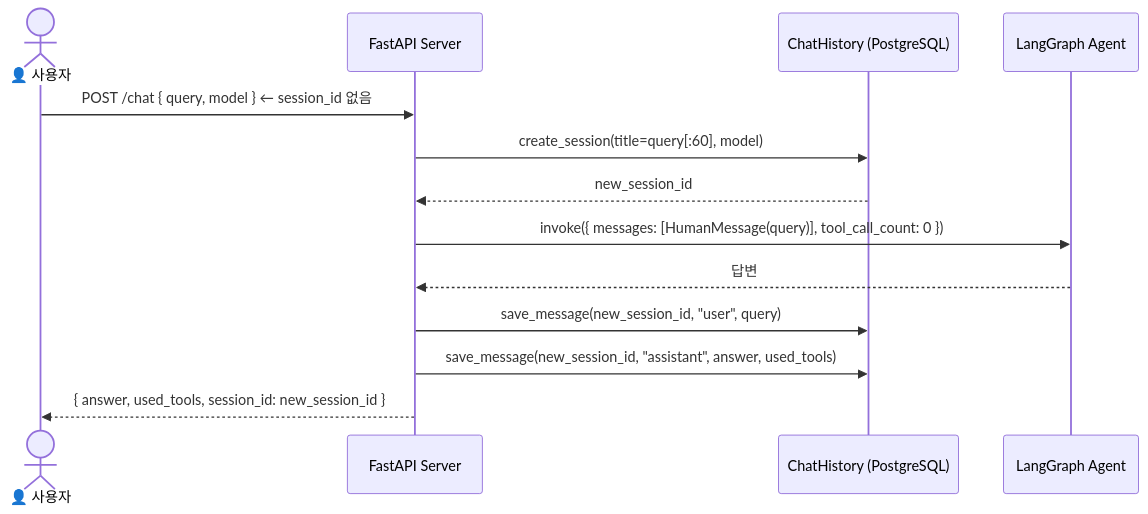
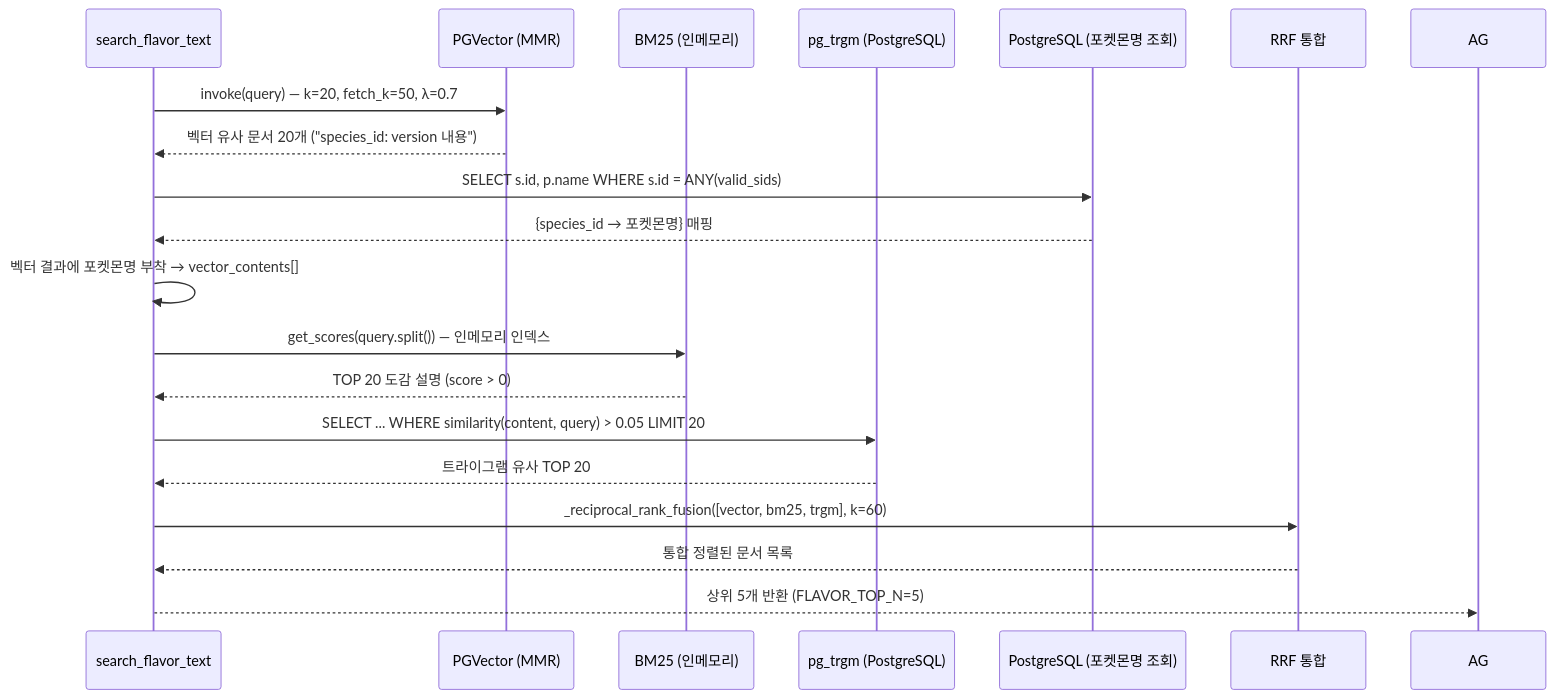
One commit to SKNETWORKS-FAMILY-AICAMP/SKN27-3rd-3TEAM changed the third of 9 diagrams in docs/챗봇/04_시퀀스다이어그램.md. Above: the diagram before and after it, drawn with Mermaid. The commit also changed other lines of this file and 10 other files, not shown here.

````diff
--- a/docs/챗봇/04_시퀀스다이어그램.md
+++ b/docs/챗봇/04_시퀀스다이어그램.md
@@ -57,20 +83,26 @@
 ```mermaid
 sequenceDiagram
-    actor User as 👤 사용자
-    participant API as FastAPI Server
-    participant CH as ChatHistory (PostgreSQL)
-    participant AG as LangGraph Agent
+    participant TOOL as search_flavor_text
+    participant VEC as PGVector (MMR)
+    participant BM25 as BM25 (인메모리)
+    participant TRGM as pg_trgm (PostgreSQL)
+    participant DB as PostgreSQL (포켓몬명 조회)
+    participant RRF as RRF 통합
 
-    User->>API: POST /chat { query, model } ← session_id 없음
+    TOOL->>VEC: invoke(query) — k=20, fetch_k=50, λ=0.7
+    VEC-->>TOOL: 벡터 유사 문서 20개 ("species_id: version 내용")
 
-    API->>CH: create_session(title=query[:60], model)
-    CH-->>API: new_session_id
+    TOOL->>DB: SELECT s.id, p.name WHERE s.id = ANY(valid_sids)
+    DB-->>TOOL: {species_id → 포켓몬명} 매핑
+    TOOL->>TOOL: 벡터 결과에 포켓몬명 부착 → vector_contents[]
 
-    API->>AG: invoke({ messages: [HumanMessage(query)], tool_call_count: 0 })
-    AG-->>API: 답변
+    TOOL->>BM25: get_scores(query.split()) — 인메모리 인덱스
+    BM25-->>TOOL: TOP 20 도감 설명 (score > 0)
 
-    API->>CH: save_message(new_session_id, "user", query)
-    API->>CH: save_message(new_session_id, "assistant", answer, used_tools)
+    TOOL->>TRGM: SELECT ... WHERE similarity(content, query) > 0.05 LIMIT 20
+    TRGM-->>TOOL: 트라이그램 유사 TOP 20
 
-    API-->>User: { answer, used_tools, session_id: new_session_id }
+    TOOL->>RRF: _reciprocal_rank_fusion([vector, bm25, trgm], k=60)
+    RRF-->>TOOL: 통합 정렬된 문서 목록
+    TOOL-->>AG: 상위 5개 반환 (FLAVOR_TOP_N=5)
 ```
````
